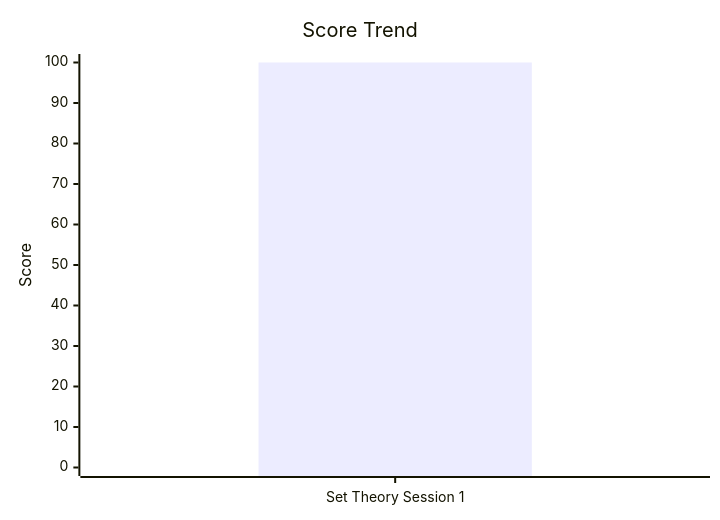
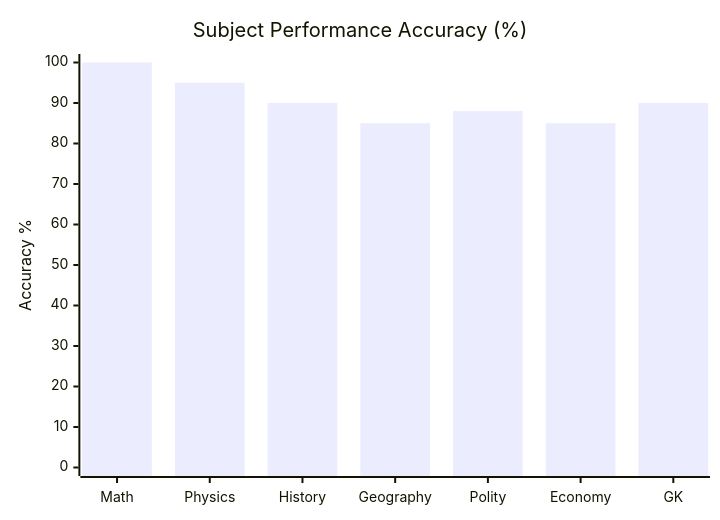
One commit to skc-coder/SAGE changed the first of 2 diagrams in content/cds/cds_overview.md. Above: the diagram before and after it, drawn with Mermaid. The commit also changed other lines of this file, not shown here.

First line of the commit message:
feat(cds): populate CDS master overview with subject overviews and numbered chapter links

````diff
--- a/content/cds/cds_overview.md
+++ b/content/cds/cds_overview.md
@@ -5,7 +93,7 @@
 ```mermaid
 xychart-beta
-    title "Score Trend"
-    x-axis ["Set Theory Session 1"]
-    y-axis "Score" 0 --> 100
-    bar [100]
+    title "Subject Performance Accuracy (%)"
+    x-axis ["Math", "Physics", "History", "Geography", "Polity", "Economy", "GK"]
+    y-axis "Accuracy %" 0 --> 100
+    bar [100, 95, 90, 85, 88, 85, 90]
 ```
````
